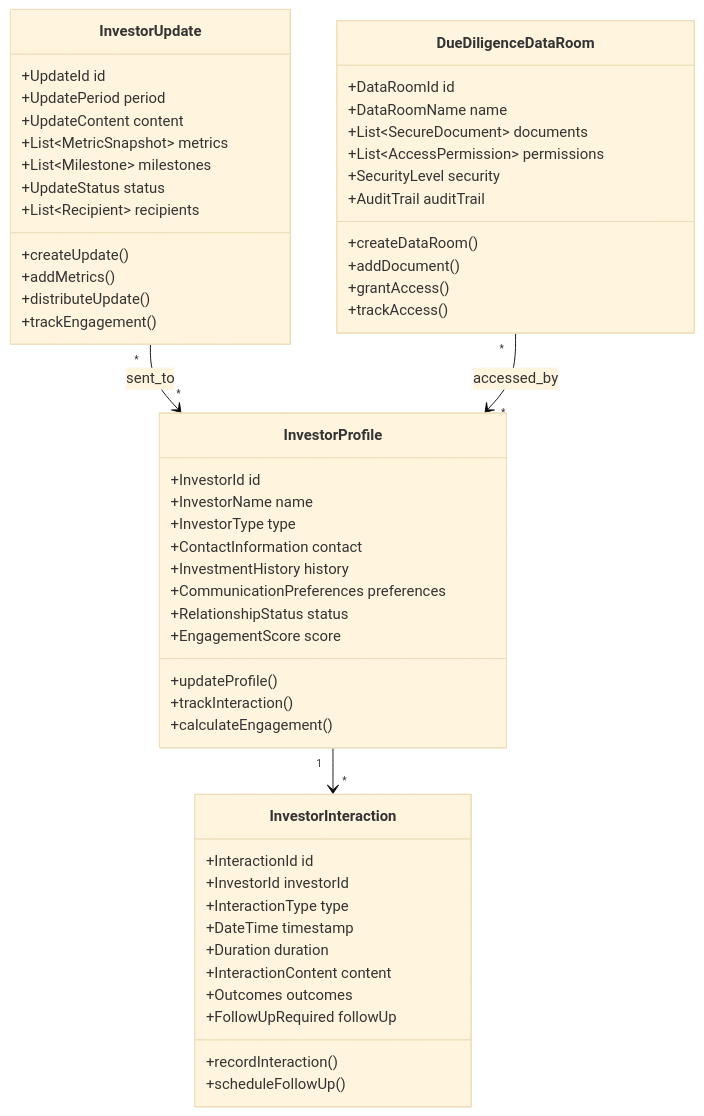
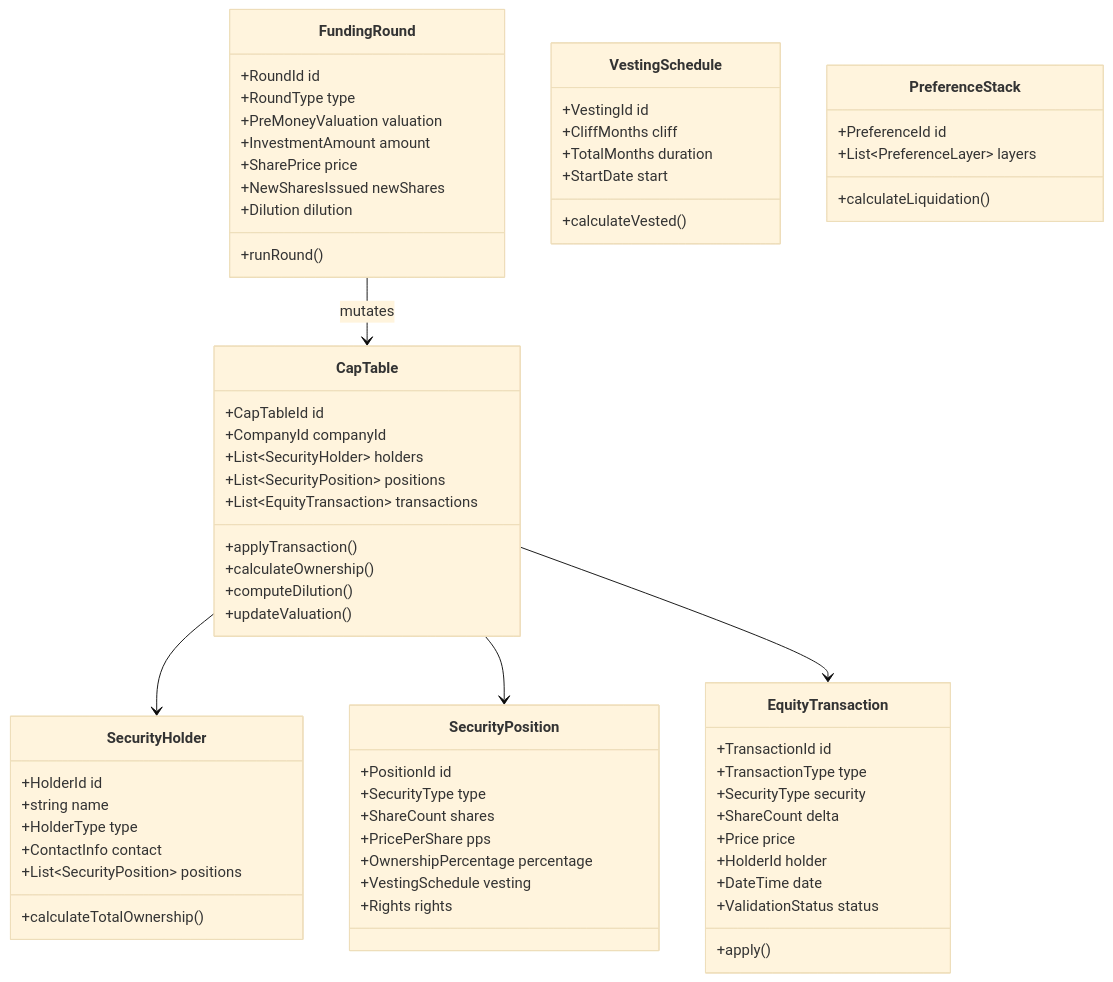
One commit to anuj-noumena/nouassist changed diagram 15 of 32 in Docs/Requirement/DomainSpecification/StartupEntrepreneurship.md. Above: the diagram before and after it, drawn with Mermaid (base theme). The commit also changed other lines of this file and 134 other files, not shown here.

````diff
--- a/Docs/Requirement/DomainSpecification/StartupEntrepreneurship.md
+++ b/Docs/Requirement/DomainSpecification/StartupEntrepreneurship.md
@@ -1237,60 +8732,75 @@
 ```mermaid
 classDiagram
-    class InvestorProfile {
-        +InvestorId id
-        +InvestorName name
-        +InvestorType type
-        +ContactInformation contact
-        +InvestmentHistory history
-        +CommunicationPreferences preferences
-        +RelationshipStatus status
-        +EngagementScore score
-        +updateProfile()
-        +trackInteraction()
-        +calculateEngagement()
-    }
-    
-    class InvestorUpdate {
-        +UpdateId id
-        +UpdatePeriod period
-        +UpdateContent content
-        +List~MetricSnapshot~ metrics
-        +List~Milestone~ milestones
-        +UpdateStatus status
-        +List~Recipient~ recipients
-        +createUpdate()
-        +addMetrics()
-        +distributeUpdate()
-        +trackEngagement()
-    }
-    
-    class DueDiligenceDataRoom {
-        +DataRoomId id
-        +DataRoomName name
-        +List~SecureDocument~ documents
-        +List~AccessPermission~ permissions
-        +SecurityLevel security
-        +AuditTrail auditTrail
-        +createDataRoom()
-        +addDocument()
-        +grantAccess()
-        +trackAccess()
-    }
-    
-    class InvestorInteraction {
-        +InteractionId id
-        +InvestorId investorId
-        +InteractionType type
-        +DateTime timestamp
-        +Duration duration
-        +InteractionContent content
-        +Outcomes outcomes
-        +FollowUpRequired followUp
-        +recordInteraction()
-        +scheduleFollowUp()
+    class CapTable {
+        +CapTableId id
+        +CompanyId companyId
+        +List~SecurityHolder~ holders
+        +List~SecurityPosition~ positions
+        +List~EquityTransaction~ transactions
+        +applyTransaction()
+        +calculateOwnership()
+        +computeDilution()
+        +updateValuation()
     }
 
-    InvestorProfile "1" --> "*" InvestorInteraction
-    InvestorUpdate "*" --> "*" InvestorProfile : sent_to
-    DueDiligenceDataRoom "*" --> "*" InvestorProfile : accessed_by
+    class SecurityHolder {
+        +HolderId id
+        +string name
+        +HolderType type
+        +ContactInfo contact
+        +List~SecurityPosition~ positions
+        +calculateTotalOwnership()
+    }
+
+    class SecurityPosition {
+        +PositionId id
+        +SecurityType type
+        +ShareCount shares
+        +PricePerShare pps
+        +OwnershipPercentage percentage
+        +VestingSchedule vesting
+        +Rights rights
+    }
+
+    class EquityTransaction {
+        +TransactionId id
+        +TransactionType type
+        +SecurityType security
+        +ShareCount delta
+        +Price price
+        +HolderId holder
+        +DateTime date
+        +ValidationStatus status
+        +apply()
+    }
+
+    class FundingRound {
+        +RoundId id
+        +RoundType type
+        +PreMoneyValuation valuation
+        +InvestmentAmount amount
+        +SharePrice price
+        +NewSharesIssued newShares
+        +Dilution dilution
+        +runRound()
+    }
+
+    class VestingSchedule {
+        +VestingId id
+        +CliffMonths cliff
+        +TotalMonths duration
+        +StartDate start
+        +calculateVested()
+    }
+
+    class PreferenceStack {
+        +PreferenceId id
+        +List~PreferenceLayer~ layers
+        +calculateLiquidation()
+    }
+
+    CapTable --> SecurityHolder
+    CapTable --> SecurityPosition
+    CapTable --> EquityTransaction
+    FundingRound --> CapTable : mutates
 ```
````
